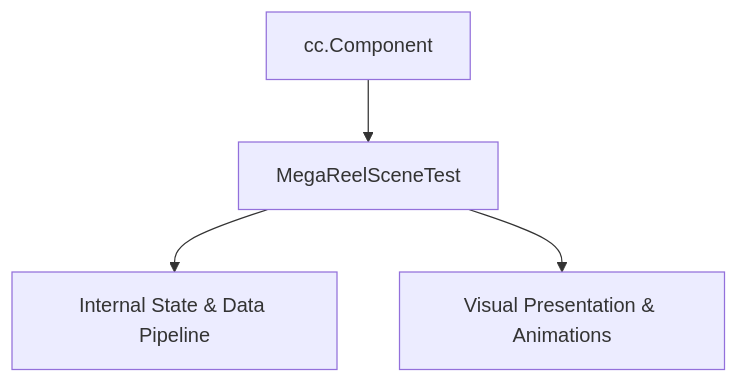
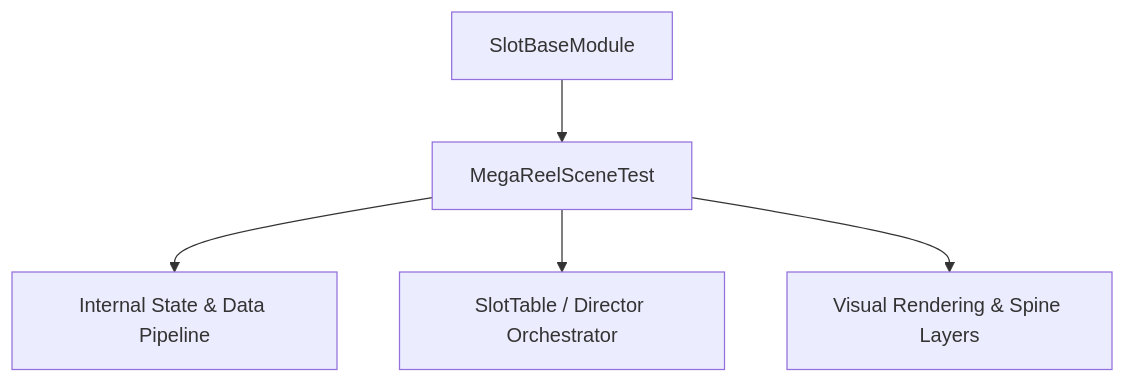
The diagram in docs/cc_slot_mechanics/modules/MegaReelSceneTest/01_overview/01_architecture_and_role.md (lam-ark/mcp-fwcc), drawn with Mermaid before and after one commit. The commit also changed other lines of this file and 2509 other files, not shown here.

````diff
--- a/docs/cc_slot_mechanics/modules/MegaReelSceneTest/01_overview/01_architecture_and_role.md
+++ b/docs/cc_slot_mechanics/modules/MegaReelSceneTest/01_overview/01_architecture_and_role.md
@@ -18,6 +24,7 @@
 ```mermaid
 graph TD
-    Parent[cc.Component] --> Mod[MegaReelSceneTest]
-    Mod --> State[Internal State & Data Pipeline]
-    Mod --> Render[Visual Presentation & Animations]
+    SuperClass[SlotBaseModule] --> TargetClass[MegaReelSceneTest]
+    TargetClass --> DataPipeline[Internal State & Data Pipeline]
+    TargetClass --> Orchestrator[SlotTable / Director Orchestrator]
+    TargetClass --> ViewLayer[Visual Rendering & Spine Layers]
 ```
````
